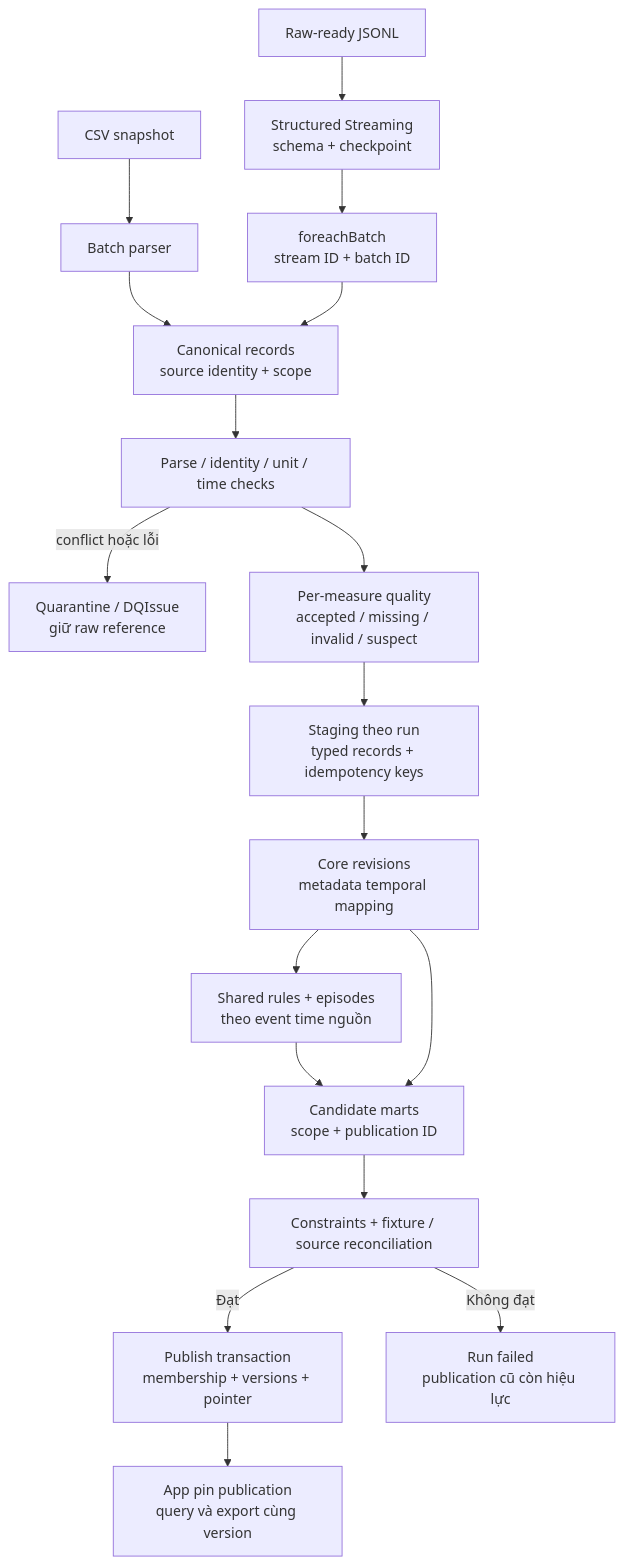
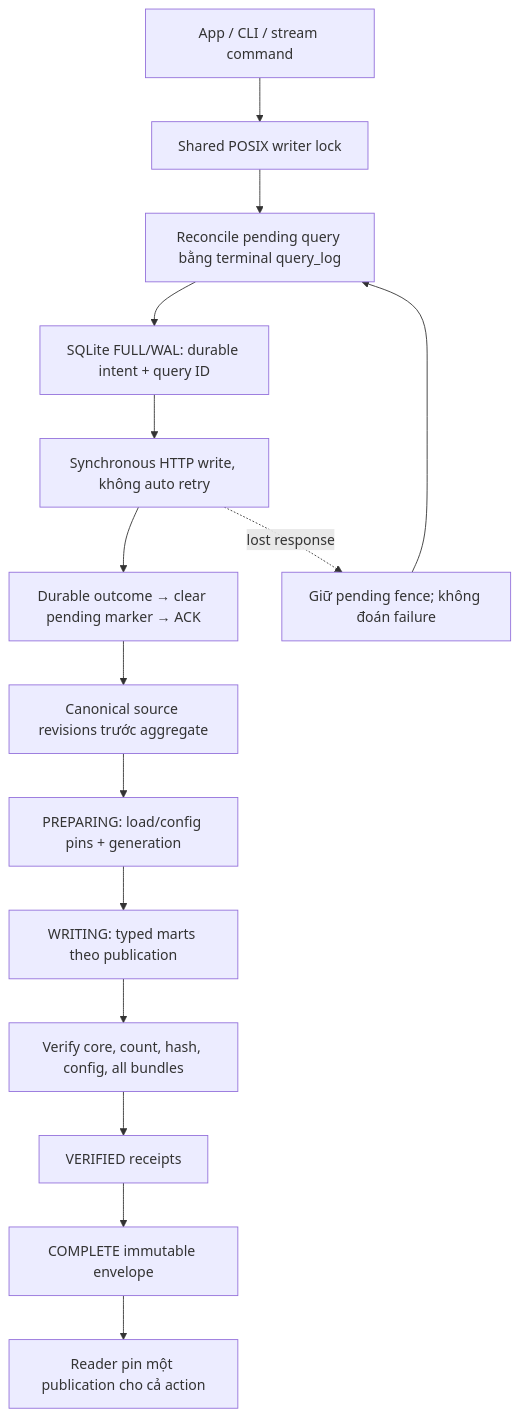
One commit to arcanine525/smart-green-house changed the diagram in docs/architecture/04-processing-publication.md. Above: the diagram before and after it, drawn with Mermaid. The commit also changed other lines of this file and 47 other files, not shown here.

````diff
--- a/docs/architecture/04-processing-publication.md
+++ b/docs/architecture/04-processing-publication.md
@@ -5,20 +7,17 @@
 ```mermaid
 flowchart TB
-    CSV["CSV snapshot"] --> BP["Batch parser"]
-    JSON["Raw-ready JSONL"] --> SS["Structured Streaming<br/>schema + checkpoint"]
-    SS --> FB["foreachBatch<br/>stream ID + batch ID"]
-    BP --> CAN["Canonical records<br/>source identity + scope"]
-    FB --> CAN
-    CAN --> CHECK["Parse / identity / unit / time checks"]
-    CHECK -->|"conflict hoặc lỗi"| Q["Quarantine / DQIssue<br/>giữ raw reference"]
-    CHECK --> QUAL["Per-measure quality<br/>accepted / missing / invalid / suspect"]
-    QUAL --> STG["Staging theo run<br/>typed records + idempotency keys"]
-    STG --> CORE["Core revisions<br/>metadata temporal mapping"]
-    CORE --> RULE["Shared rules + episodes<br/>theo event time nguồn"]
-    RULE --> MART["Candidate marts<br/>scope + publication ID"]
-    CORE --> MART
-    MART --> TEST["Constraints + fixture / source reconciliation"]
-    TEST -->|"Đạt"| PUB["Publish transaction<br/>membership + versions + pointer"]
-    TEST -->|"Không đạt"| FAIL["Run failed<br/>publication cũ còn hiệu lực"]
-    PUB --> APP["App pin publication<br/>query và export cùng version"]
+    CMD["App / CLI / stream command"] --> LOCK["Shared POSIX writer lock"]
+    LOCK --> PENDING["Reconcile pending query bằng terminal query_log"]
+    PENDING --> INTENT["SQLite FULL/WAL: durable intent + query ID"]
+    INTENT --> WRITE["Synchronous HTTP write, không auto retry"]
+    WRITE --> ACK["Durable outcome → clear pending marker → ACK"]
+    ACK --> CANON["Canonical source revisions trước aggregate"]
+    CANON --> PREP["PREPARING: load/config pins + generation"]
+    PREP --> WRITING["WRITING: typed marts theo publication"]
+    WRITING --> VERIFY["Verify core, count, hash, config, all bundles"]
+    VERIFY --> VERIFIED["VERIFIED receipts"]
+    VERIFIED --> COMPLETE["COMPLETE immutable envelope"]
+    COMPLETE --> READ["Reader pin một publication cho cả action"]
+    WRITE -. "lost response" .-> FENCE["Giữ pending fence; không đoán failure"]
+    FENCE --> PENDING
 ```
````
